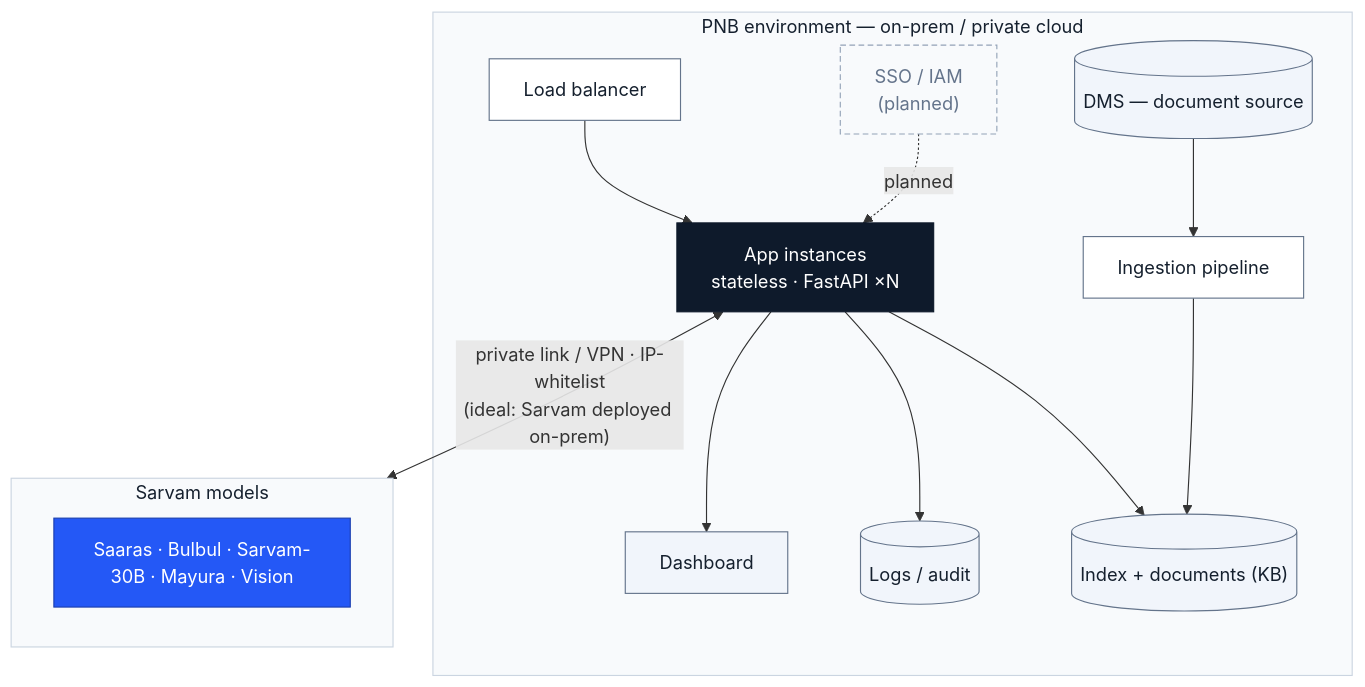
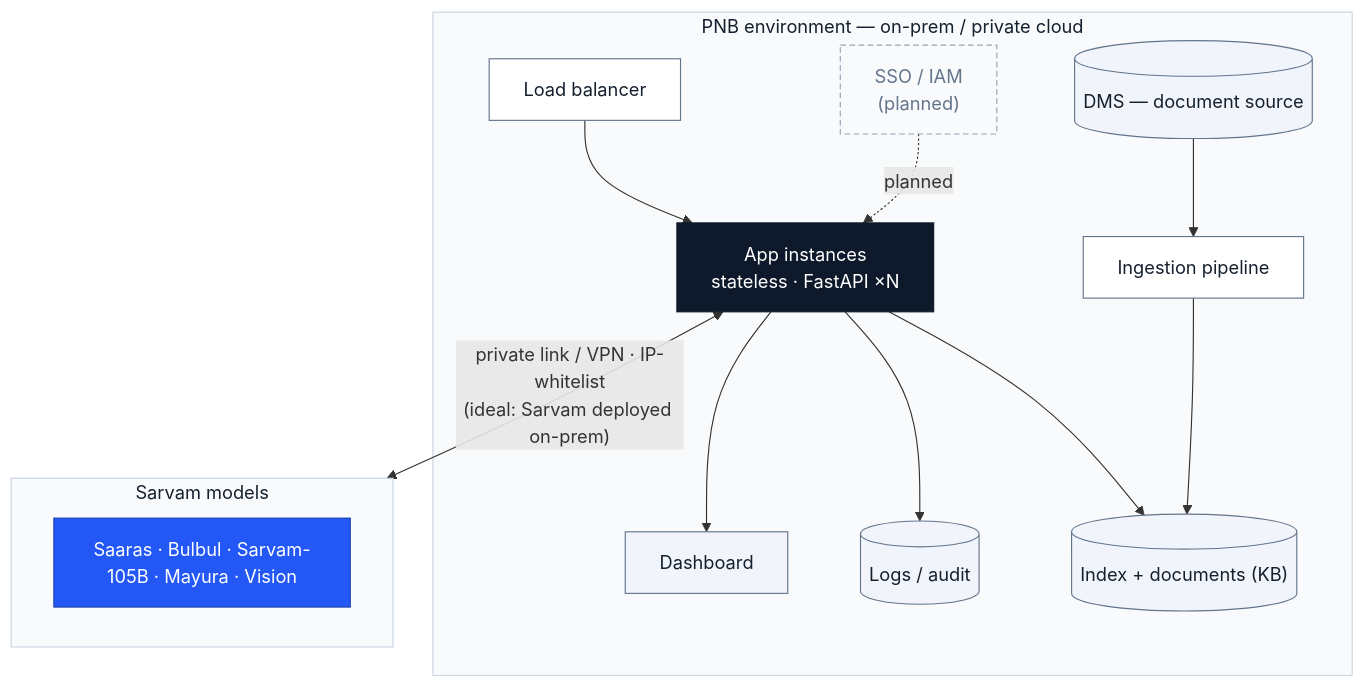
One commit to vihb09/pnb-sahayak changed the sixth of 6 diagrams in docs/architecture.md. Above: the diagram before and after it, drawn with Mermaid. The commit also changed other lines of this file and 6 other files, not shown here.

````diff
--- a/docs/architecture.md
+++ b/docs/architecture.md
@@ -305,31 +305,31 @@
 ```mermaid
 flowchart TB
     subgraph BANK["PNB environment — on-prem / private cloud"]
         LB["Load balancer"]:::neutral
         APPN["App instances<br/>stateless · FastAPI ×N"]:::app
         IDXS[("Index + documents (KB)")]:::store
         LOGS[("Logs / audit")]:::store
         DASHS["Dashboard"]:::store
         IAM["SSO / IAM<br/>(planned)"]:::planned
         DMS[("DMS — document source")]:::store
         ING["Ingestion pipeline"]:::neutral
         LB --> APPN
         APPN --> IDXS
         APPN --> LOGS
         APPN --> DASHS
         IAM -.->|planned| APPN
         DMS --> ING --> IDXS
     end
     subgraph SARV["Sarvam models"]
-        M1["Saaras · Bulbul · Sarvam-30B · Mayura · Vision"]:::sarvam
+        M1["Saaras · Bulbul · Sarvam-105B · Mayura · Vision"]:::sarvam
     end
     APPN <-->|"private link / VPN · IP-whitelist<br/>(ideal: Sarvam deployed on-prem)"| SARV
 
     classDef app fill:#0E1A2B,stroke:#0E1A2B,color:#ffffff;
     classDef sarvam fill:#2458F6,stroke:#1B3FB0,color:#ffffff;
     classDef neutral fill:#FFFFFF,stroke:#64748B,color:#15202E;
     classDef store fill:#F1F5FB,stroke:#64748B,color:#15202E;
     classDef planned fill:#F8FAFC,stroke:#94A3B8,color:#64748B,stroke-dasharray:5 3;
     style BANK fill:#F8FAFC,stroke:#CBD5E1,color:#15202E
     style SARV fill:#F8FAFC,stroke:#CBD5E1,color:#15202E
 ```
````
